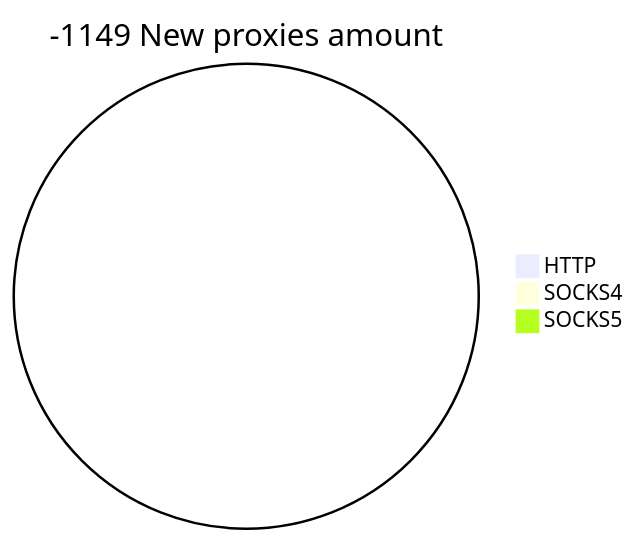
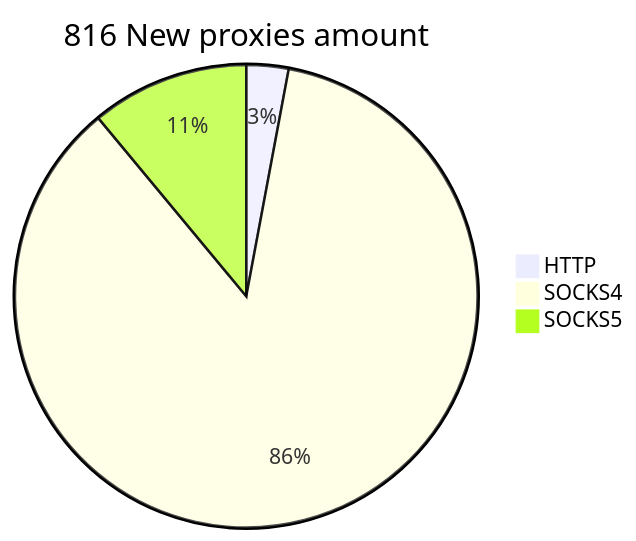
Before and after one commit to cutipu/proxylist: the second of 2 diagrams in README.md, drawn with Mermaid. The commit also changed other lines of this file, not shown here.

````diff
--- a/README.md
+++ b/README.md
@@ -10,6 +10,6 @@
 ```mermaid
-pie title -1149 New proxies amount
-    "HTTP" : 0
-    "SOCKS4" : 0
-    "SOCKS5" : 0
+pie title 816 New proxies amount
+    "HTTP" : 24
+    "SOCKS4" : 702
+    "SOCKS5" : 90
 ```
````
